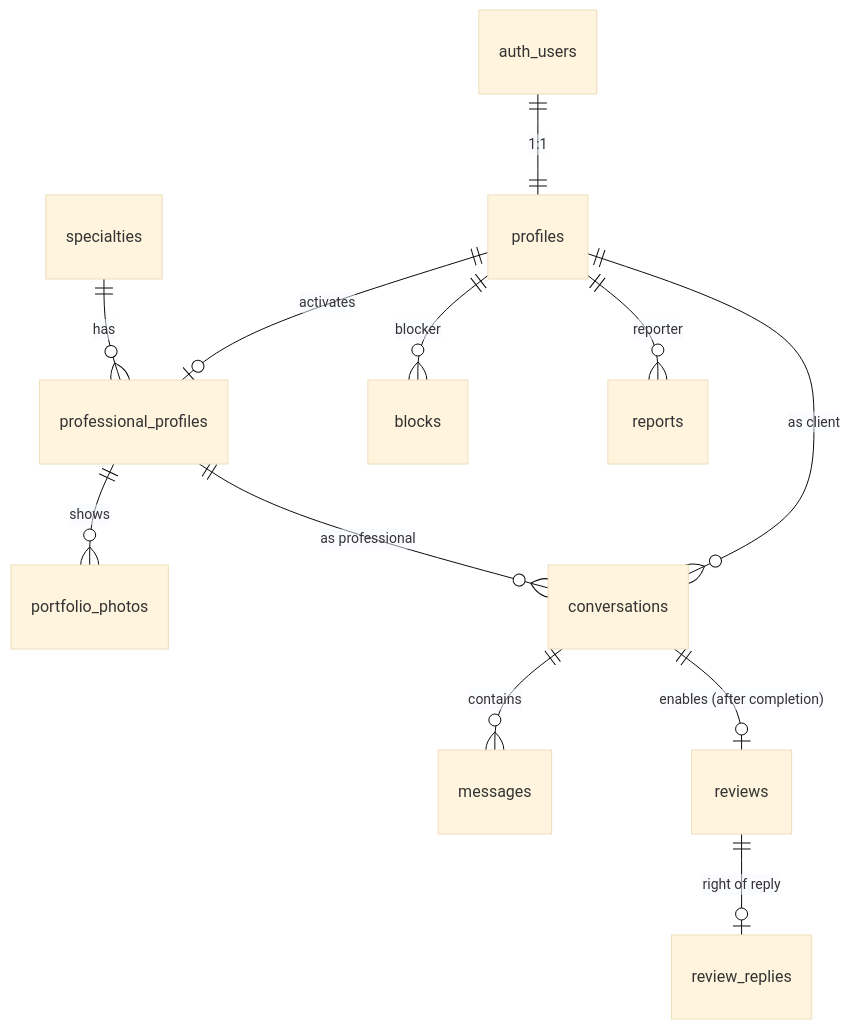
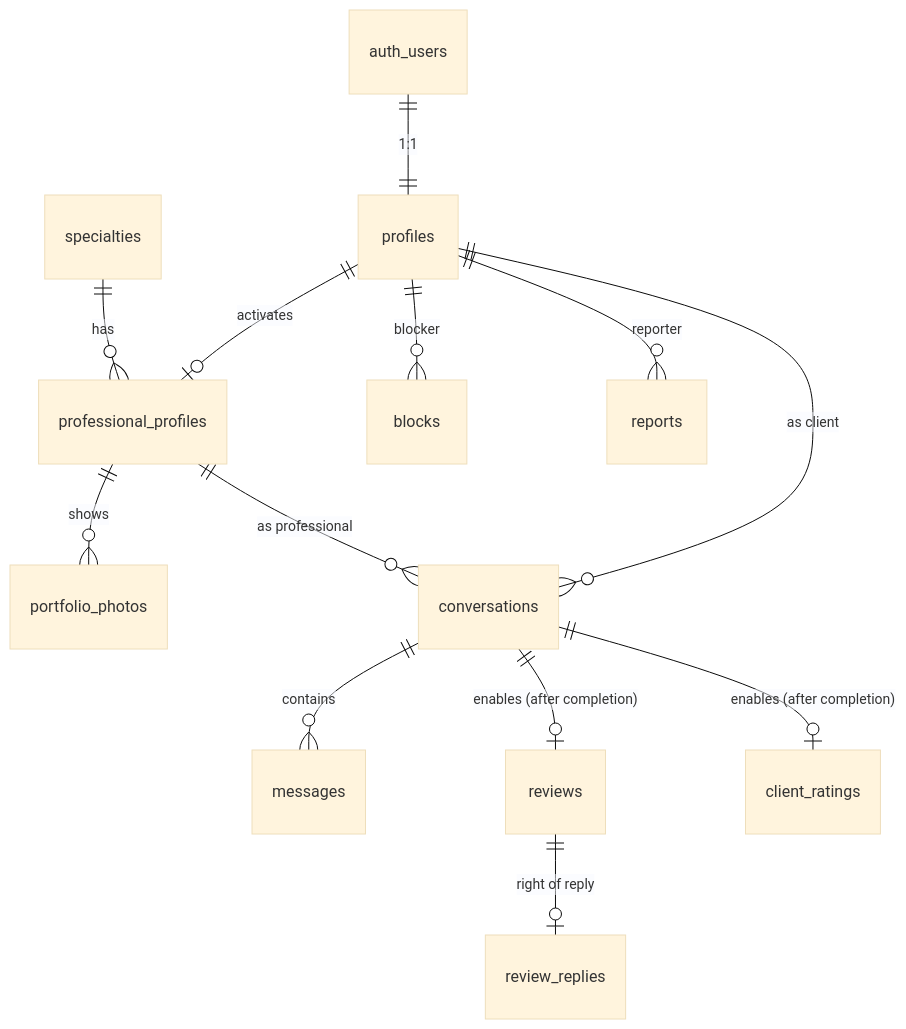
Before and after one commit to constanza101/handyfem: the diagram in docs/data-model.md, drawn with Mermaid (base theme). The commit also changed other lines of this file and 2 other files, not shown here.

First line of the commit message:
Add professional-to-client ratings to MVP schema; enable Dependabot

````diff
--- a/docs/data-model.md
+++ b/docs/data-model.md
@@ -36,14 +36,15 @@
 ```mermaid
 erDiagram
     auth_users ||--|| profiles : "1:1"
     profiles ||--o| professional_profiles : "activates"
     specialties ||--o{ professional_profiles : "has"
     professional_profiles ||--o{ portfolio_photos : "shows"
     profiles ||--o{ conversations : "as client"
     professional_profiles ||--o{ conversations : "as professional"
     conversations ||--o{ messages : "contains"
     conversations ||--o| reviews : "enables (after completion)"
+    conversations ||--o| client_ratings : "enables (after completion)"
     reviews ||--o| review_replies : "right of reply"
     profiles ||--o{ blocks : "blocker"
     profiles ||--o{ reports : "reporter"
 ```
````
